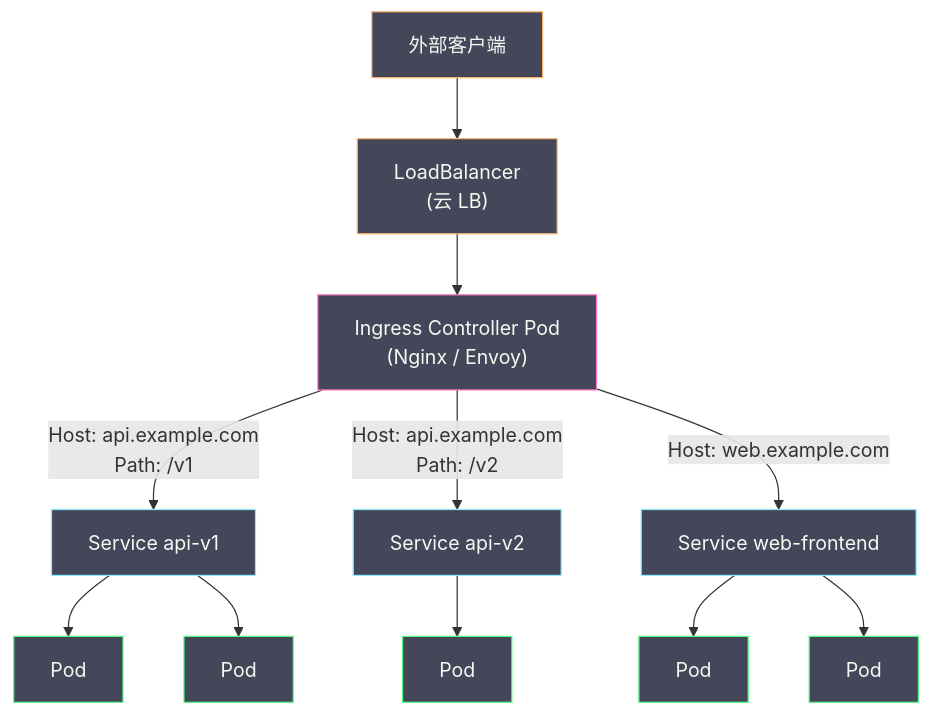
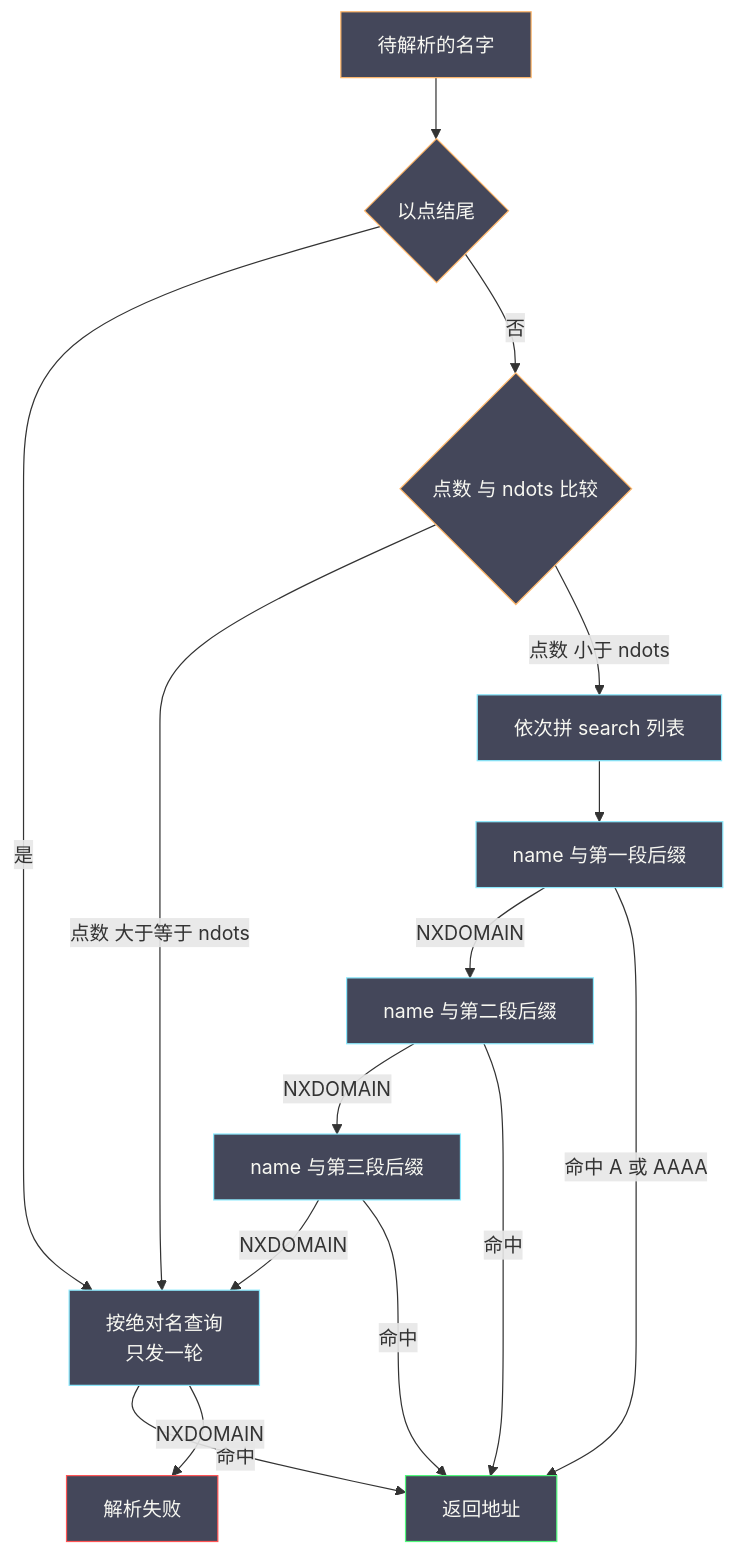
One commit to hpliStartAgain/my-brain changed the second of 5 diagrams in content/云原生/Kubernetes/kubernetes生命周期管理和服务发现/06 DNS 服务发现与 Ingress.md. Above: the diagram before and after it, drawn with Mermaid. The commit also changed other lines of this file and 259 other files, not shown here.

````diff
--- a/content/云原生/Kubernetes/kubernetes生命周期管理和服务发现/06 DNS 服务发现与 Ingress.md
+++ b/content/云原生/Kubernetes/kubernetes生命周期管理和服务发现/06 DNS 服务发现与 Ingress.md
@@ -294,26 +136,28 @@
 ```mermaid
 %%{init: {'theme': 'dracula'}}%%
-graph TD
-    CLIENT["外部客户端"] --> LB["LoadBalancer</br>(云 LB)"]
-    LB --> IC["Ingress Controller Pod</br>(Nginx / Envoy)"]
-    
-    IC -->|"Host: api.example.com</br>Path: /v1"| SVC1["Service api-v1"]
-    IC -->|"Host: api.example.com</br>Path: /v2"| SVC2["Service api-v2"]
-    IC -->|"Host: web.example.com"| SVC3["Service web-frontend"]
+flowchart TD
+    N["待解析的名字"] --> D{"以点结尾"}
+    D -->|"是"| ABS["按绝对名查询<br/>只发一轮"]
+    D -->|"否"| C{"点数 与 ndots 比较"}
+    C -->|"点数 大于等于 ndots"| ABS
+    C -->|"点数 小于 ndots"| S["依次拼 search 列表"]
+    S --> S1["name 与第一段后缀"]
+    S1 -->|"NXDOMAIN"| S2["name 与第二段后缀"]
+    S2 -->|"NXDOMAIN"| S3["name 与第三段后缀"]
+    S3 -->|"NXDOMAIN"| ABS
+    S1 -->|"命中 A 或 AAAA"| OK["返回地址"]
+    S2 -->|"命中"| OK
+    S3 -->|"命中"| OK
+    ABS -->|"命中"| OK
+    ABS -->|"NXDOMAIN"| FAIL["解析失败"]
 
-    SVC1 --> P1["Pod"]
-    SVC1 --> P2["Pod"]
-    SVC2 --> P3["Pod"]
-    SVC3 --> P4["Pod"]
-    SVC3 --> P5["Pod"]
+    classDef q fill:#44475a,stroke:#ffb86c,color:#f8f8f2
+    classDef s fill:#44475a,stroke:#8be9fd,color:#f8f8f2
+    classDef ok fill:#44475a,stroke:#50fa7b,color:#f8f8f2
+    classDef bad fill:#44475a,stroke:#ff5555,color:#f8f8f2
 
-    classDef ext fill:#44475a,stroke:#ffb86c,color:#f8f8f2
-    classDef ic fill:#44475a,stroke:#ff79c6,color:#f8f8f2
-    classDef svc fill:#44475a,stroke:#8be9fd,color:#f8f8f2
-    classDef pod fill:#44475a,stroke:#50fa7b,color:#f8f8f2
-
-    class CLIENT,LB ext
-    class IC ic
-    class SVC1,SVC2,SVC3 svc
-    class P1,P2,P3,P4,P5 pod
+    class N,D,C q
+    class S,S1,S2,S3,ABS s
+    class OK ok
+    class FAIL bad
 ```
````
